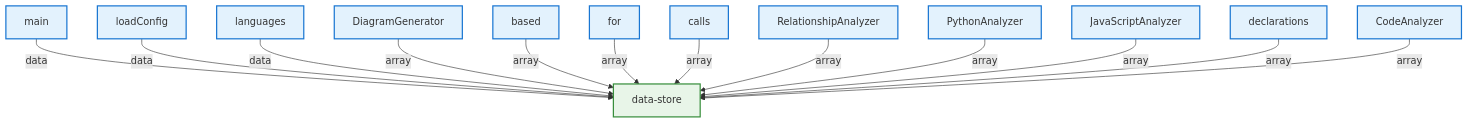
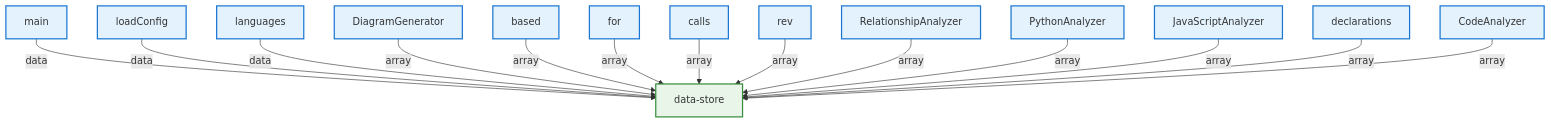
One commit to samjhill/diagrammer changed the diagram in docs/architecture/dataFlow.md. Above: the diagram before and after it, drawn with Mermaid. The commit also changed other lines of this file and 7 other files, not shown here.

Commit message:
docs: Update architecture diagrams [skip ci]

````diff
--- a/docs/architecture/dataFlow.md
+++ b/docs/architecture/dataFlow.md
@@ -7,45 +7,48 @@
 ```mermaid
 graph TD
   classDef component fill:#e3f2fd,stroke:#1976d2,stroke-width:2px
   classDef data fill:#e8f5e8,stroke:#388e3c,stroke-width:2px
   classDef state fill:#fff3e0,stroke:#f57c00,stroke-width:2px
   classDef props fill:#f3e5f5,stroke:#7b1fa2,stroke-width:2px
 
   main["main"]:::component
   data_store["data-store"]:::data
   main -->|data| data_store
   loadConfig["loadConfig"]:::component
   data_store["data-store"]:::data
   loadConfig -->|data| data_store
   languages["languages"]:::component
   data_store["data-store"]:::data
   languages -->|data| data_store
   DiagramGenerator["DiagramGenerator"]:::component
   data_store["data-store"]:::data
   DiagramGenerator -->|array| data_store
   based["based"]:::component
   data_store["data-store"]:::data
   based -->|array| data_store
   for["for"]:::component
   data_store["data-store"]:::data
   for -->|array| data_store
   calls["calls"]:::component
   data_store["data-store"]:::data
   calls -->|array| data_store
+  rev["rev"]:::component
+  data_store["data-store"]:::data
+  rev -->|array| data_store
   RelationshipAnalyzer["RelationshipAnalyzer"]:::component
   data_store["data-store"]:::data
   RelationshipAnalyzer -->|array| data_store
   PythonAnalyzer["PythonAnalyzer"]:::component
   data_store["data-store"]:::data
   PythonAnalyzer -->|array| data_store
   JavaScriptAnalyzer["JavaScriptAnalyzer"]:::component
   data_store["data-store"]:::data
   JavaScriptAnalyzer -->|array| data_store
   declarations["declarations"]:::component
   data_store["data-store"]:::data
   declarations -->|array| data_store
   CodeAnalyzer["CodeAnalyzer"]:::component
   data_store["data-store"]:::data
   CodeAnalyzer -->|array| data_store
 
 ```
````
